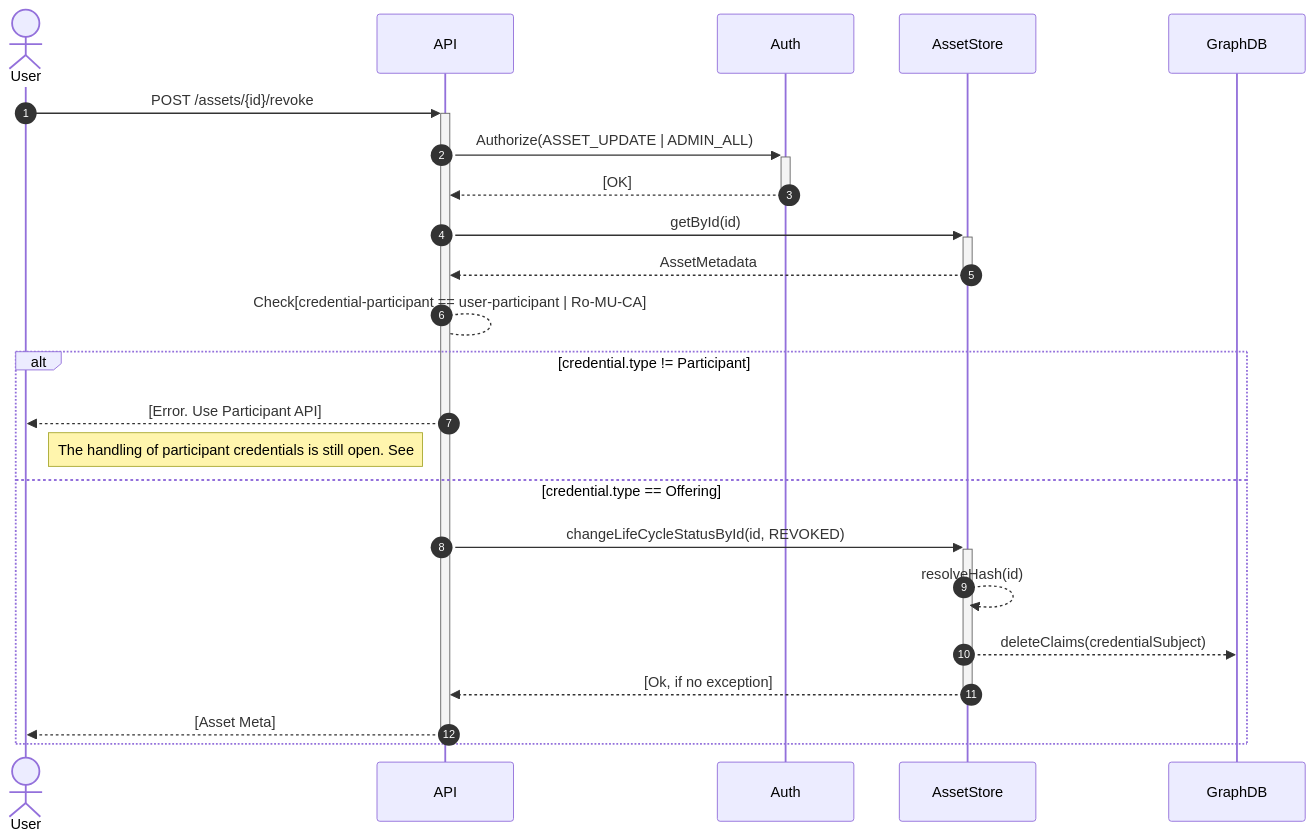
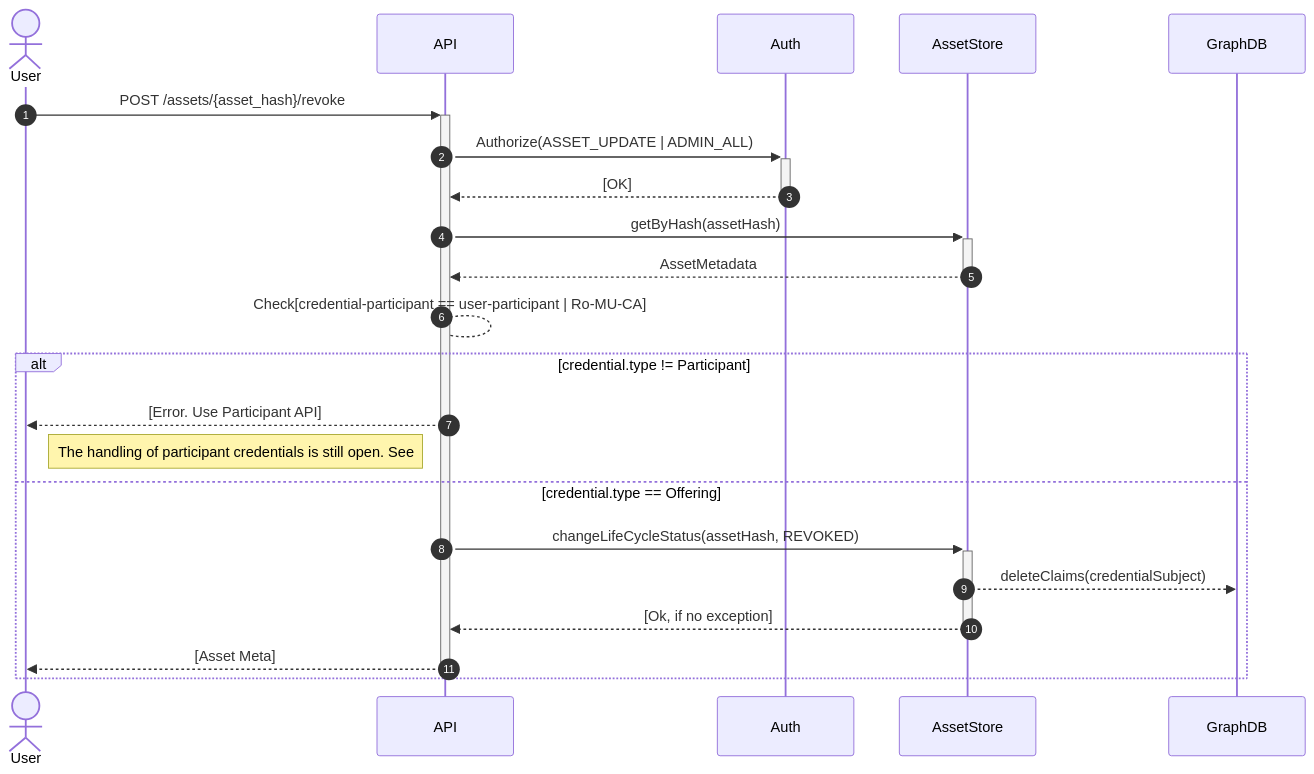
One commit to eclipse-xfsc/docs changed diagram 19 of 34 in federated-catalogue/src/docs/architecture/chapters/06_runtime_view.adoc. Above: the diagram before and after it, drawn with Mermaid. The commit also changed other lines of this file and 2 other files, not shown here.

Commit message:
[CAT-FR-AM-02] hash-based mutation operations exception (ADR 7)
Amend ADR 7 to document why delete and revoke operations retain
hash-based targeting while all other endpoints use IRI-based
identification. Covers four arguments: data model constraint,
mutation semantics, versioning readiness (CAT-FR-LM-01), and
audit versioning forward-look.

Changes:
- 09_architecture_decisions.adoc: add Hash-Based Mutation Operations
  Exception subsection to ADR 7; remove deleteAssetById and
  changeLifeCycleStatusById from IRI-based method list; deduplicate
  CAT Enhancement footnotes using footnote:cat-enhancement[]
- 05_building_block_view.adoc: remove deleteAssetById and
  changeLifeCycleStatusById from AssetStore class diagram and table
- 06_runtime_view.adoc: update offboarding and revoke sequence
  diagrams to use hash-based operations

```diff
--- a/federated-catalogue/src/docs/architecture/chapters/06_runtime_view.adoc
+++ b/federated-catalogue/src/docs/architecture/chapters/06_runtime_view.adoc
@@ -672,25 +673,24 @@
 [mermaid, width=2000]
 ....
 sequenceDiagram
     autonumber
     actor User
     participant API
     participant Auth
     participant AssetStore as AssetStore
-    User ->> + API:POST /assets/{id}/revoke
+    User ->> + API:POST /assets/{asset_hash}/revoke
     API ->> + Auth:Authorize(ASSET_UPDATE | ADMIN_ALL)
     Auth -->> - API:[OK]
-    API ->> + AssetStore: getById(id)
+    API ->> + AssetStore: getByHash(assetHash)
     AssetStore -->> - API: AssetMetadata
     API --> API:Check[credential-participant == user-participant | Ro-MU-CA]
     alt credential.type != Participant
         API -->> User: [Error. Use Participant API]
         Note right of User: The handling of participant credentials is still open. See #6
     else credential.type == Offering
-        API ->> + AssetStore: changeLifeCycleStatusById(id, REVOKED)
-        AssetStore -->> AssetStore: resolveHash(id)
+        API ->> + AssetStore: changeLifeCycleStatus(assetHash, REVOKED)
         AssetStore -->> GraphDB: deleteClaims(credentialSubject)
         AssetStore -->> - API: [Ok, if no exception]
         API -->> - User:[Asset Meta]
     end
 ....
```
